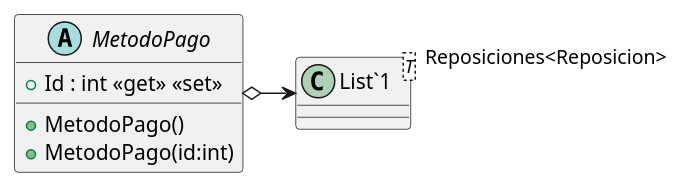
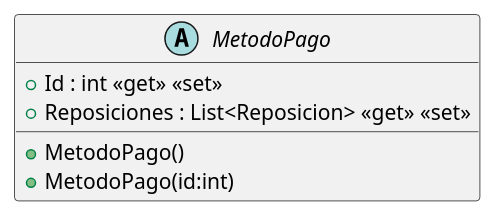
Before and after one commit to ISII2627DDNProject/ISII2627DDNProject: the diagram in src/AppForSEII.API/ClassDiagram/MetodoPago.puml, drawn with PlantUML. The commit also changed 11 other files, not shown here.

Commit message:
Creación del diagramde de clases del CU2: Reponer libros

```diff
--- a/src/AppForSEII.API/ClassDiagram/MetodoPago.puml
+++ b/src/AppForSEII.API/ClassDiagram/MetodoPago.puml
@@ -1,10 +1,8 @@
 @startuml
 abstract class MetodoPago {
     + MetodoPago()
     + MetodoPago(id:int)
     + Id : int <<get>> <<set>>
+    + Reposiciones : List<Reposicion> <<get>> <<set>>
 }
-class "List`1"<T> {
-}
-MetodoPago o-> "Reposiciones<Reposicion>" "List`1"
 @enduml
```
